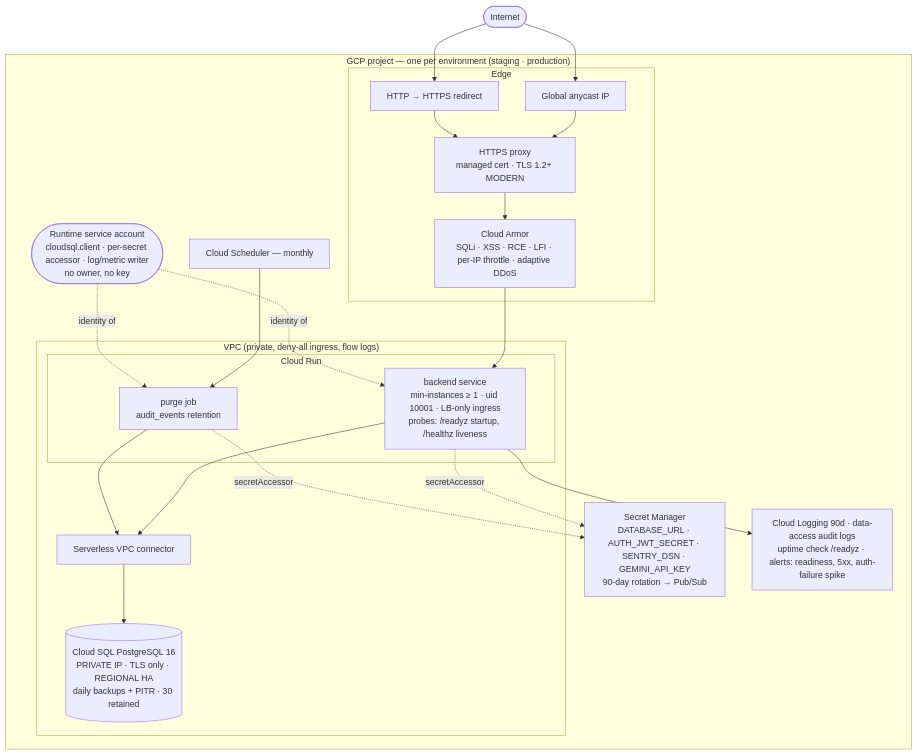
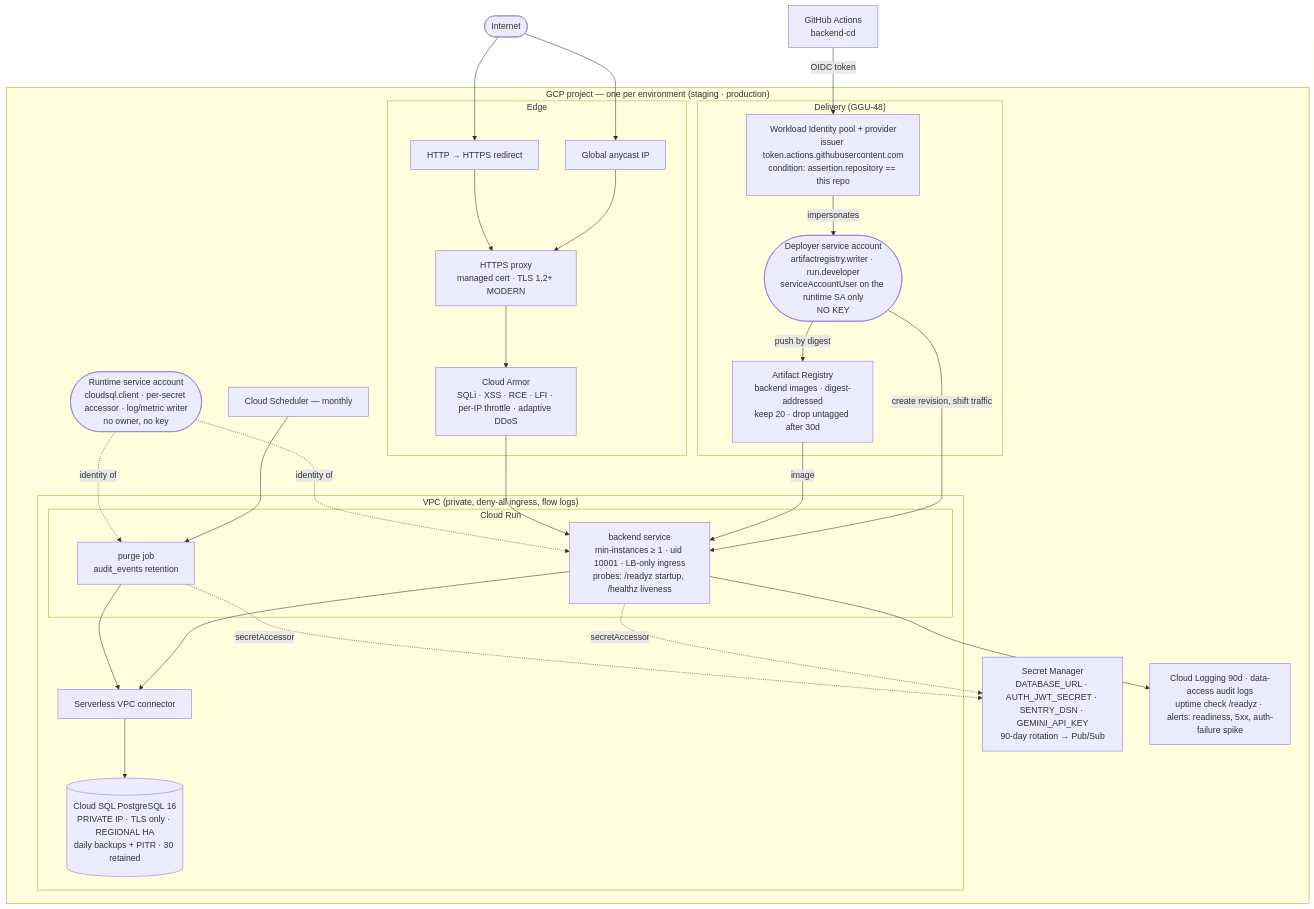
Before and after one commit to somnio-projects/finance-google-a2ui: the diagram in docs/diagrams/08-infrastructure.md, drawn with Mermaid. The commit also changed 27 other files, not shown here.

````diff
--- a/docs/diagrams/08-infrastructure.md
+++ b/docs/diagrams/08-infrastructure.md
@@ -5,37 +5,50 @@
 ```mermaid
 flowchart TB
     net([Internet])
     subgraph gcp["GCP project — one per environment (staging · production)"]
         subgraph edge["Edge"]
             ip["Global anycast IP"]
             https["HTTPS proxy<br/>managed cert · TLS 1.2+ MODERN"]
             armor["Cloud Armor<br/>SQLi · XSS · RCE · LFI · per-IP throttle · adaptive DDoS"]
             httpr["HTTP → HTTPS redirect"]
         end
         subgraph vpc["VPC (private, deny-all ingress, flow logs)"]
             conn["Serverless VPC connector"]
             subgraph runtime["Cloud Run"]
                 svc["backend service<br/>min-instances ≥ 1 · uid 10001 · LB-only ingress<br/>probes: /readyz startup, /healthz liveness"]
                 job["purge job<br/>audit_events retention"]
             end
             sql[("Cloud SQL PostgreSQL 16<br/>PRIVATE IP · TLS only · REGIONAL HA<br/>daily backups + PITR · 30 retained")]
         end
         sm["Secret Manager<br/>DATABASE_URL · AUTH_JWT_SECRET · SENTRY_DSN · GEMINI_API_KEY<br/>90-day rotation → Pub/Sub"]
         obs["Cloud Logging 90d · data-access audit logs<br/>uptime check /readyz · alerts: readiness, 5xx, auth-failure spike"]
         sched["Cloud Scheduler — monthly"]
         sa(["Runtime service account<br/>cloudsql.client · per-secret accessor · log/metric writer<br/>no owner, no key"])
+        subgraph delivery["Delivery (GGU-48)"]
+            ar["Artifact Registry<br/>backend images · digest-addressed<br/>keep 20 · drop untagged after 30d"]
+            wif["Workload Identity pool + provider<br/>issuer token.actions.githubusercontent.com<br/>condition: assertion.repository == this repo"]
+            dsa(["Deployer service account<br/>artifactregistry.writer · run.developer<br/>serviceAccountUser on the runtime SA only<br/>NO KEY"])
+        end
     end
+
+    gha["GitHub Actions<br/>backend-cd"] -->|"OIDC token"| wif
+    wif -->|impersonates| dsa
+    dsa -->|push by digest| ar
+    dsa -->|create revision, shift traffic| svc
+    ar -->|image| svc
 
     net --> ip --> https --> armor --> svc
     net --> httpr --> https
     svc --> conn --> sql
     sched --> job --> conn
     svc -. "secretAccessor" .-> sm
     job -. "secretAccessor" .-> sm
     svc --> obs
     sa -.->|"identity of"| svc
     sa -.->|"identity of"| job
 
-    %% Everything here is Terraform: infra/{network,database,secrets,iam,run,edge,observability}.tf
+    %% Everything here is Terraform: infra/{network,database,secrets,iam,run,edge,observability,delivery}.tf
     %% trivy config: 0 misconfigurations. Apply is GGU-29.
+    %% The deployer can publish an image and create a revision. It cannot read
+    %% a secret, reach the database, or act as any other identity.
 ```
````
